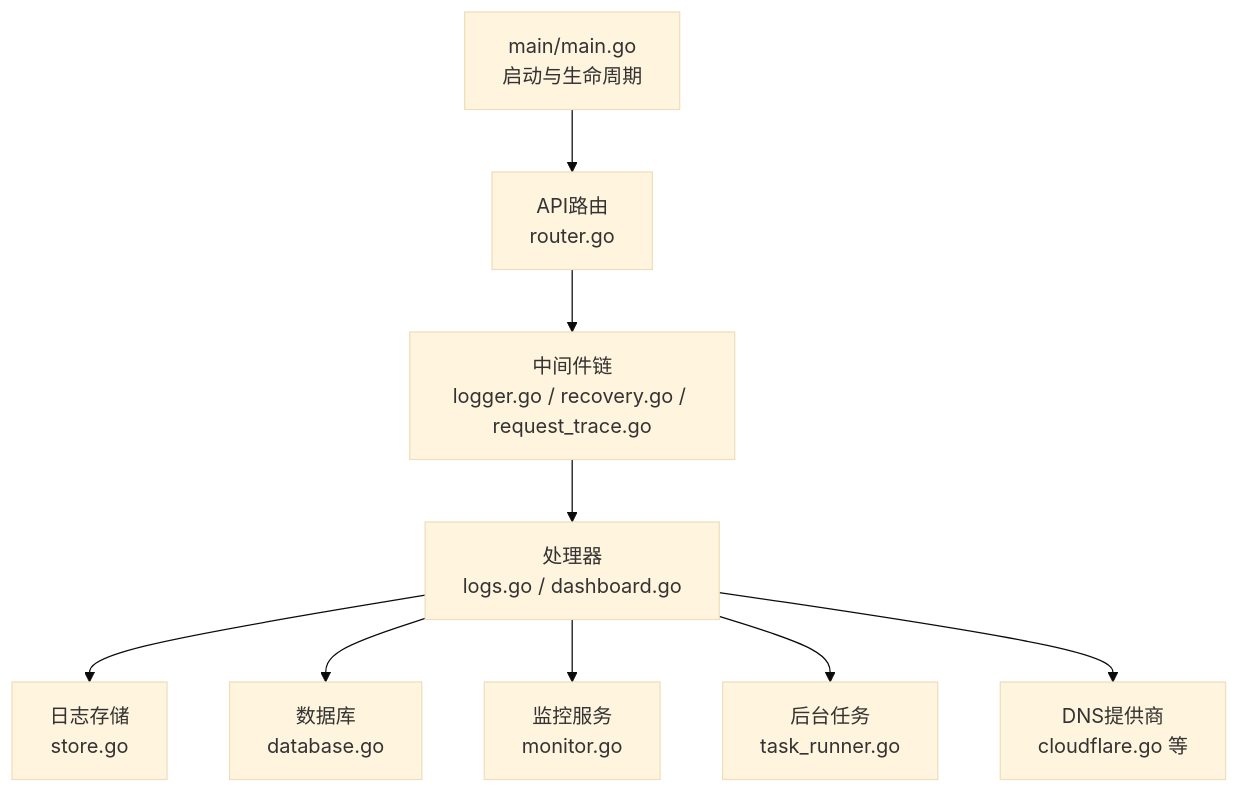
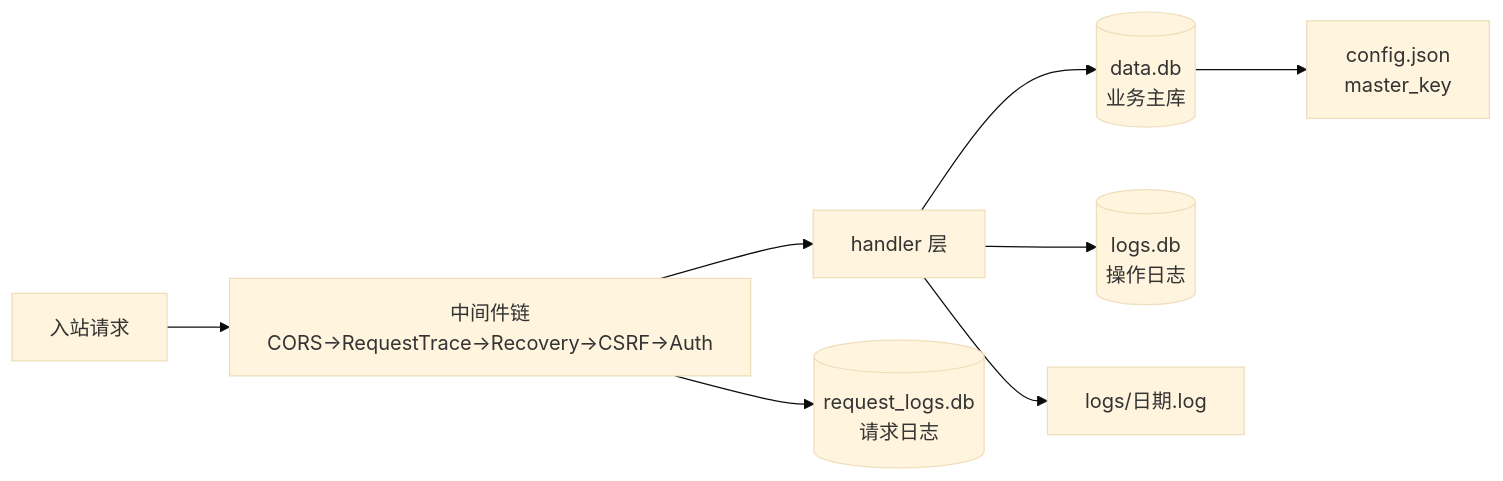
One commit to x01n/dnsplane changed the first of 5 diagrams in docs/故障排除/故障排除.md. Above: the diagram before and after it, drawn with Mermaid (base theme). The commit also changed other lines of this file and 326 other files, not shown here.

````diff
--- a/docs/故障排除/故障排除.md
+++ b/docs/故障排除/故障排除.md
@@ -46,11 +96,10 @@
 ```mermaid
-graph TB
-A["main/main.go<br/>启动与生命周期"] --> B["API路由<br/>router.go"]
-B --> C["中间件链<br/>logger.go / recovery.go / request_trace.go"]
-C --> D["处理器<br/>logs.go / dashboard.go"]
-D --> E["日志存储<br/>store.go"]
-D --> F["数据库<br/>database.go"]
-D --> G["监控服务<br/>monitor.go"]
-D --> H["后台任务<br/>task_runner.go"]
-D --> I["DNS提供商<br/>cloudflare.go 等"]
+flowchart LR
+  Req["入站请求"] --> MW["中间件链<br/>CORS→RequestTrace→Recovery→CSRF→Auth"]
+  MW --> H["handler 层"]
+  H --> DB[("data.db<br/>业务主库")]
+  H --> LogDB[("logs.db<br/>操作日志")]
+  MW --> ReqDB[("request_logs.db<br/>请求日志")]
+  H --> FS["logs/日期.log"]
+  DB --> Key["config.json<br/>master_key"]
 ```
````
